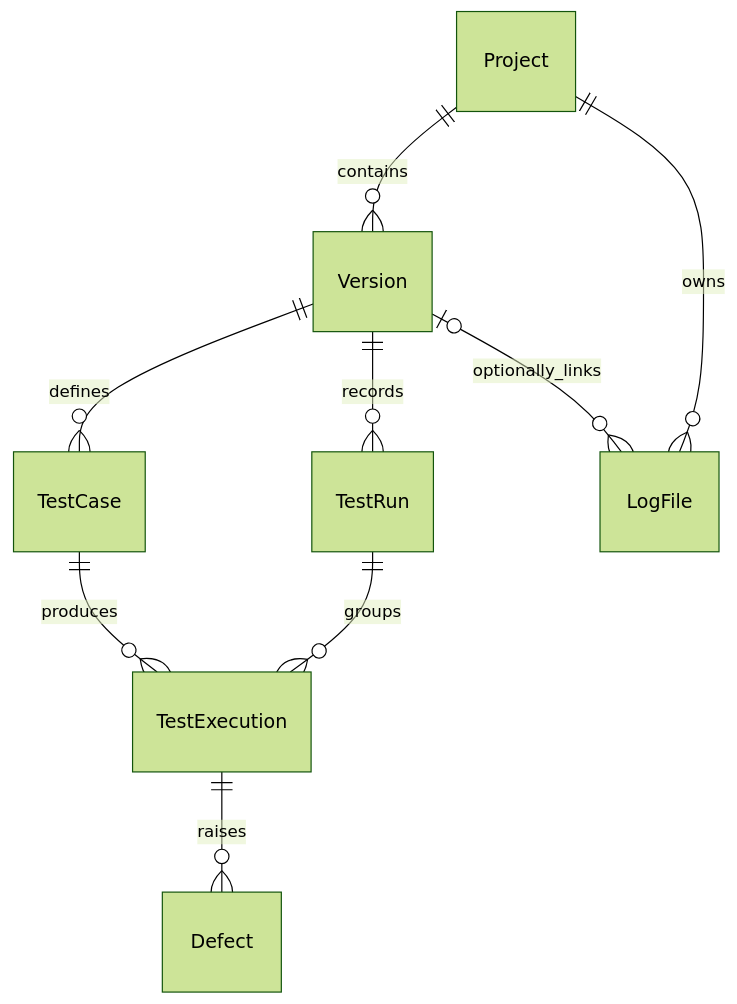
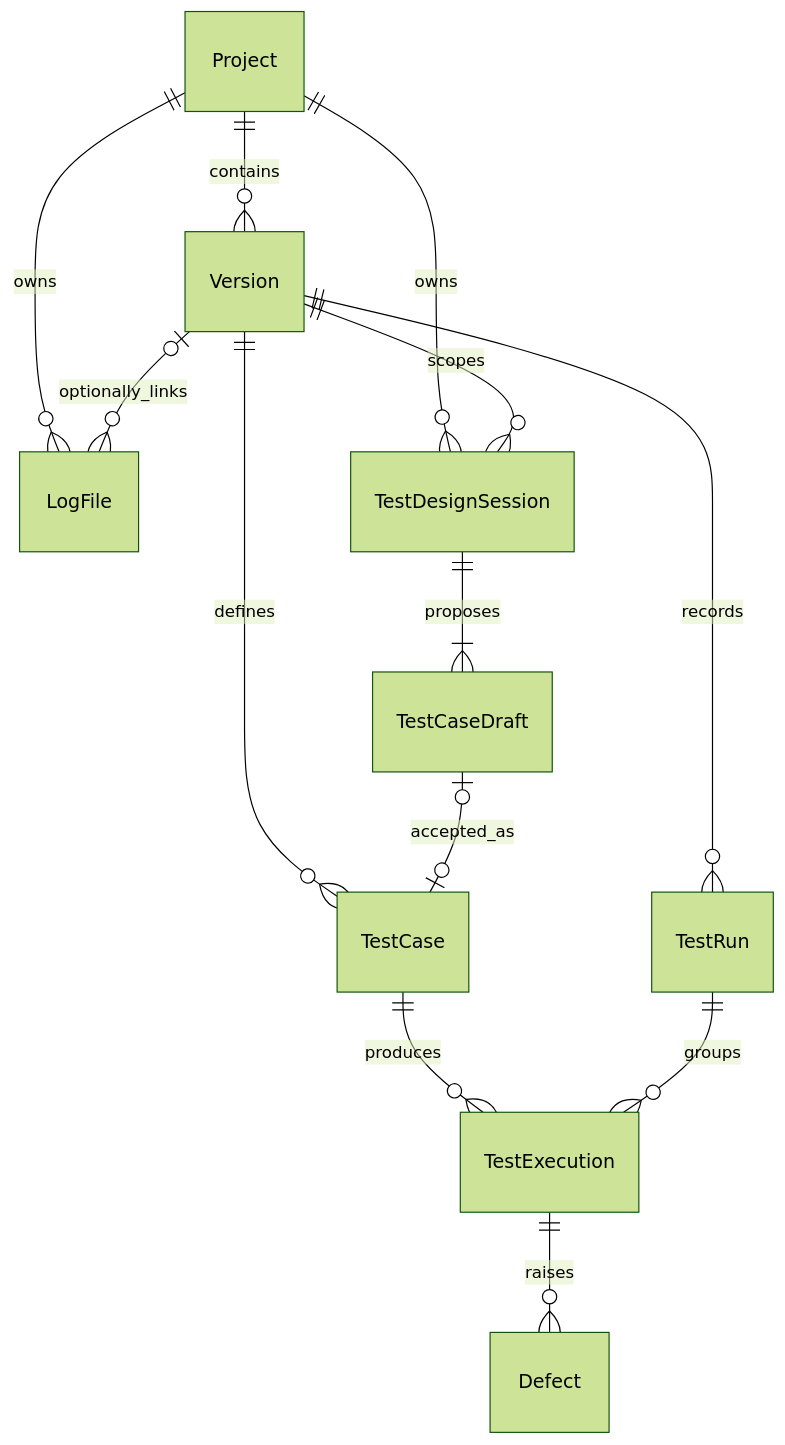
The fifth of 6 diagrams in README.md (hzyufu-del/audio-test-management-platform), drawn with Mermaid (forest theme) before and after one commit. The commit also changed other lines of this file and 31 other files, not shown here.

First line of the commit message:
feat: add human-reviewed AI test design assistant

````diff
--- a/README.md
+++ b/README.md
@@ -105,11 +105,15 @@
 ```mermaid
 erDiagram
     Project ||--o{ Version : contains
     Version ||--o{ TestCase : defines
     Version ||--o{ TestRun : records
     Project ||--o{ LogFile : owns
     Version |o--o{ LogFile : optionally_links
     TestCase ||--o{ TestExecution : produces
     TestRun ||--o{ TestExecution : groups
     TestExecution ||--o{ Defect : raises
+    Project ||--o{ TestDesignSession : owns
+    Version ||--o{ TestDesignSession : scopes
+    TestDesignSession ||--|{ TestCaseDraft : proposes
+    TestCaseDraft o|--o| TestCase : accepted_as
 ```
````
